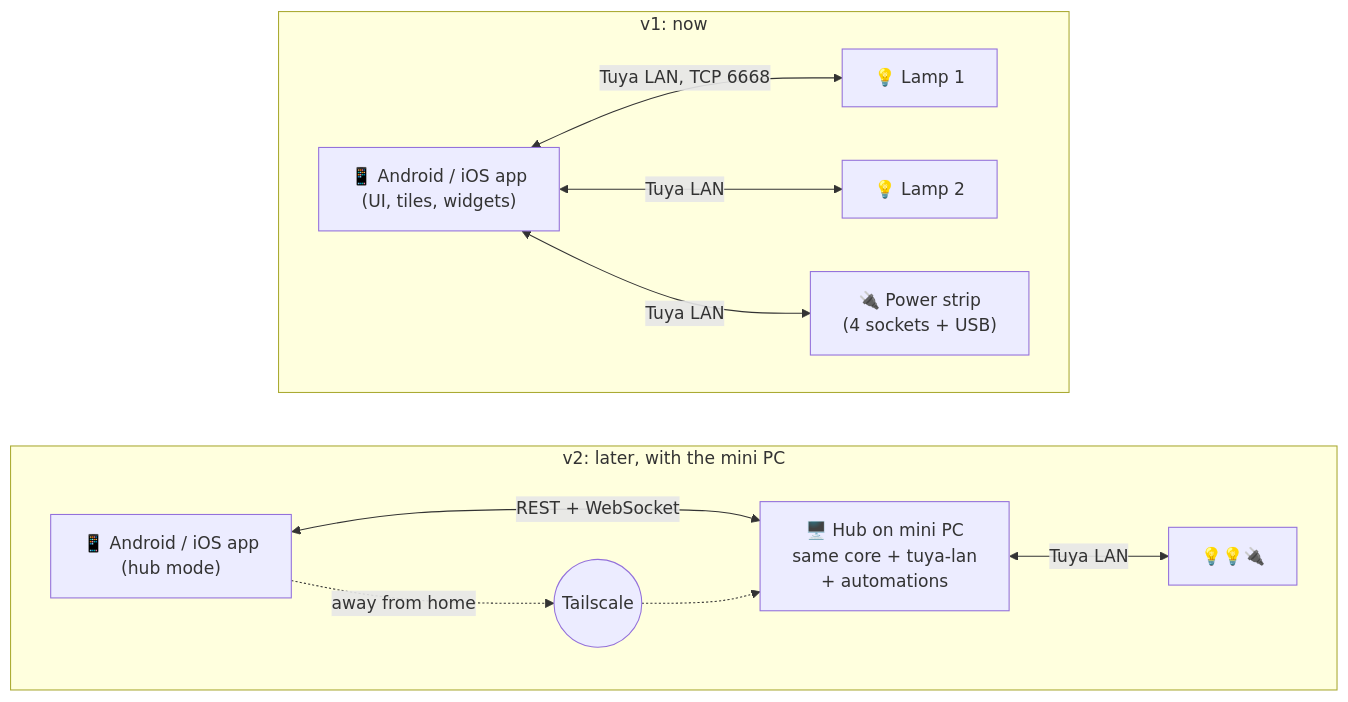
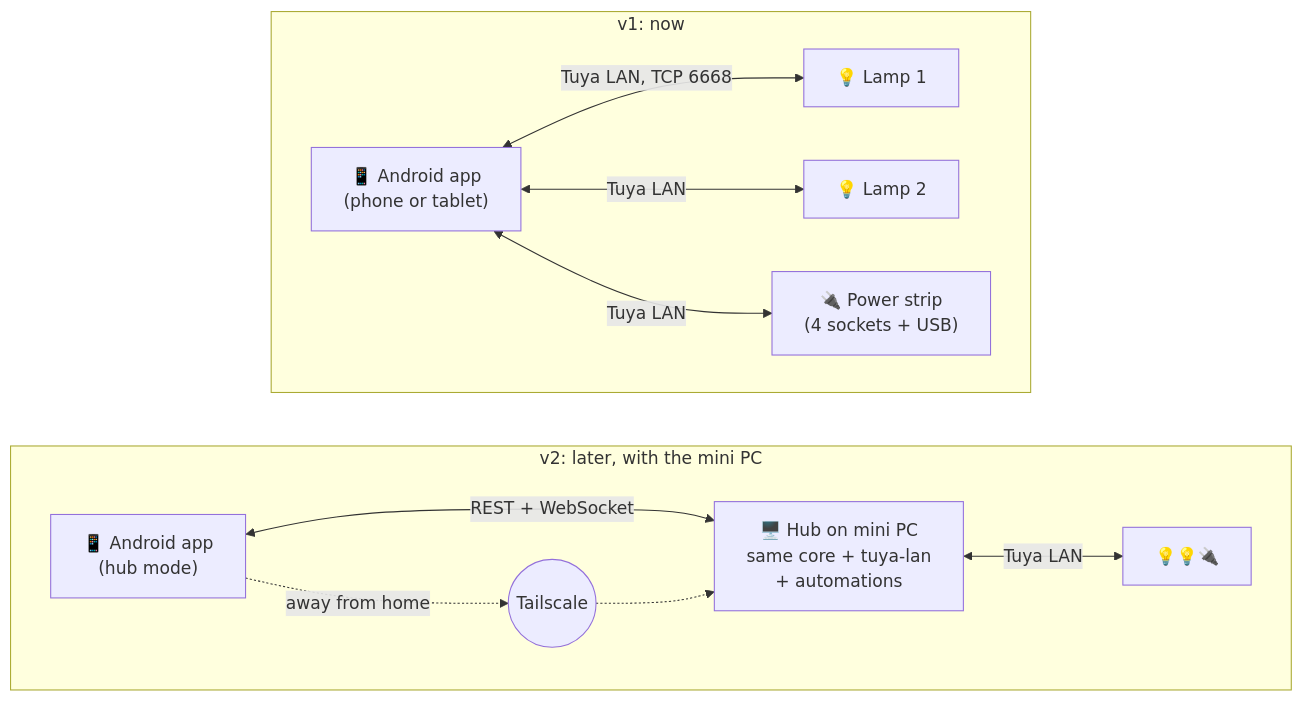
Before and after one commit to XDefoeRedstoneX/bardisucks: the diagram in docs/design/architecture.md, drawn with Mermaid. The commit also changed other lines of this file and 5 other files, not shown here.

First line of the commit message:
Drop iOS for now; design for Android phone plus sister's Huawei tablet

````diff
--- a/docs/design/architecture.md
+++ b/docs/design/architecture.md
@@ -36,25 +37,25 @@
 ```mermaid
 flowchart LR
   subgraph V2["v2: later, with the mini PC"]
     direction LR
-    A2["📱 Android / iOS app<br/>(hub mode)"]
+    A2["📱 Android app<br/>(hub mode)"]
     H["🖥️ Hub on mini PC<br/>same core + tuya-lan<br/>+ automations"]
     D2["💡💡🔌"]
     TS(("Tailscale"))
     A2 <-->|REST + WebSocket| H
     A2 -.->|away from home| TS
     TS -.-> H
     H <-->|Tuya LAN| D2
   end
 
   subgraph V1["v1: now"]
     direction LR
-    A1["📱 Android / iOS app<br/>(UI, tiles, widgets)"]
+    A1["📱 Android app<br/>(phone or tablet)"]
     L1a["💡 Lamp 1"]
     L1b["💡 Lamp 2"]
     S1["🔌 Power strip<br/>(4 sockets + USB)"]
     A1 <-->|Tuya LAN, TCP 6668| L1a
     A1 <-->|Tuya LAN| L1b
     A1 <-->|Tuya LAN| S1
   end
 ```
````
